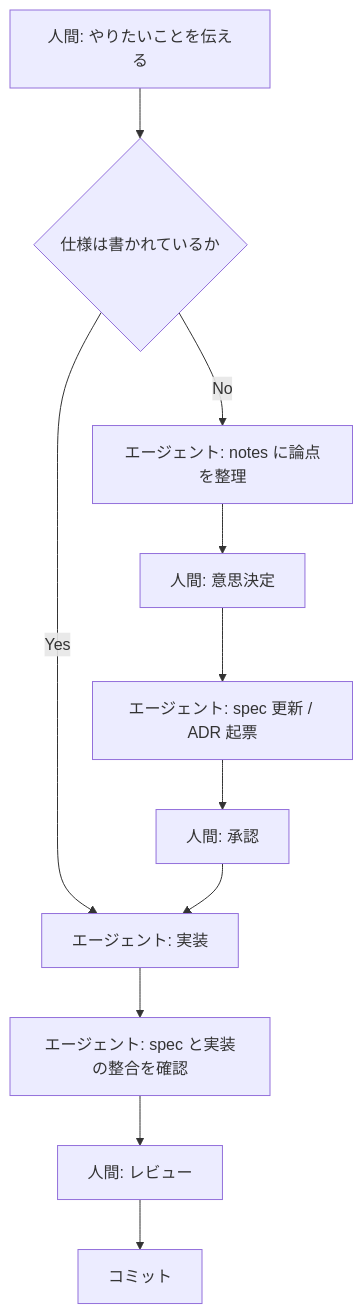
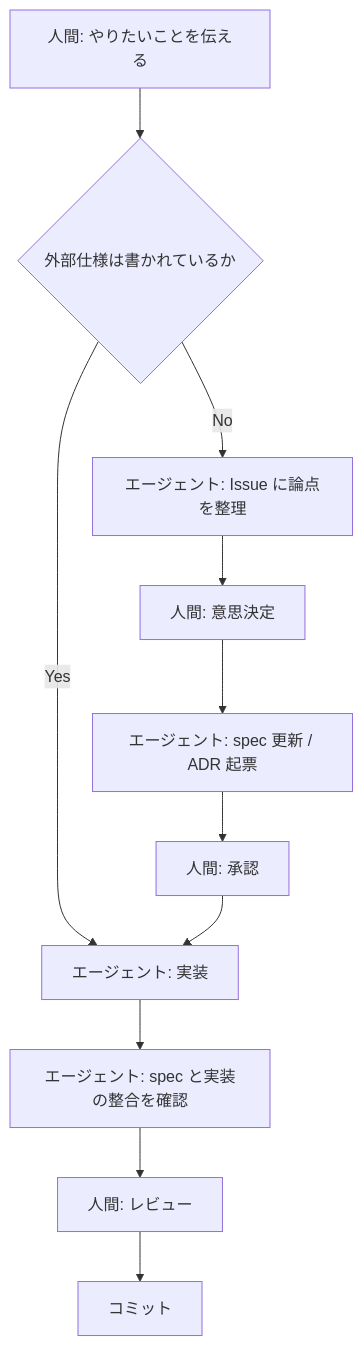
The diagram in docs/guides/agent-workflow.md (bosshawk/Harubridge), drawn with Mermaid before and after one commit. The commit also changed other lines of this file and 22 other files, not shown here.

````diff
--- a/docs/guides/agent-workflow.md
+++ b/docs/guides/agent-workflow.md
@@ -22,13 +22,13 @@
 ```mermaid
 flowchart TD
-    A[人間: やりたいことを伝える] --> B{仕様は書かれているか}
-    B -- No --> C[エージェント: notes に論点を整理]
+    A[人間: やりたいことを伝える] --> B{外部仕様は書かれているか}
+    B -- No --> C[エージェント: Issue に論点を整理]
     C --> D[人間: 意思決定]
     D --> E[エージェント: spec 更新 / ADR 起票]
     E --> F[人間: 承認]
     B -- Yes --> G[エージェント: 実装]
     F --> G
     G --> H[エージェント: spec と実装の整合を確認]
     H --> I[人間: レビュー]
     I --> J[コミット]
 ```
````
